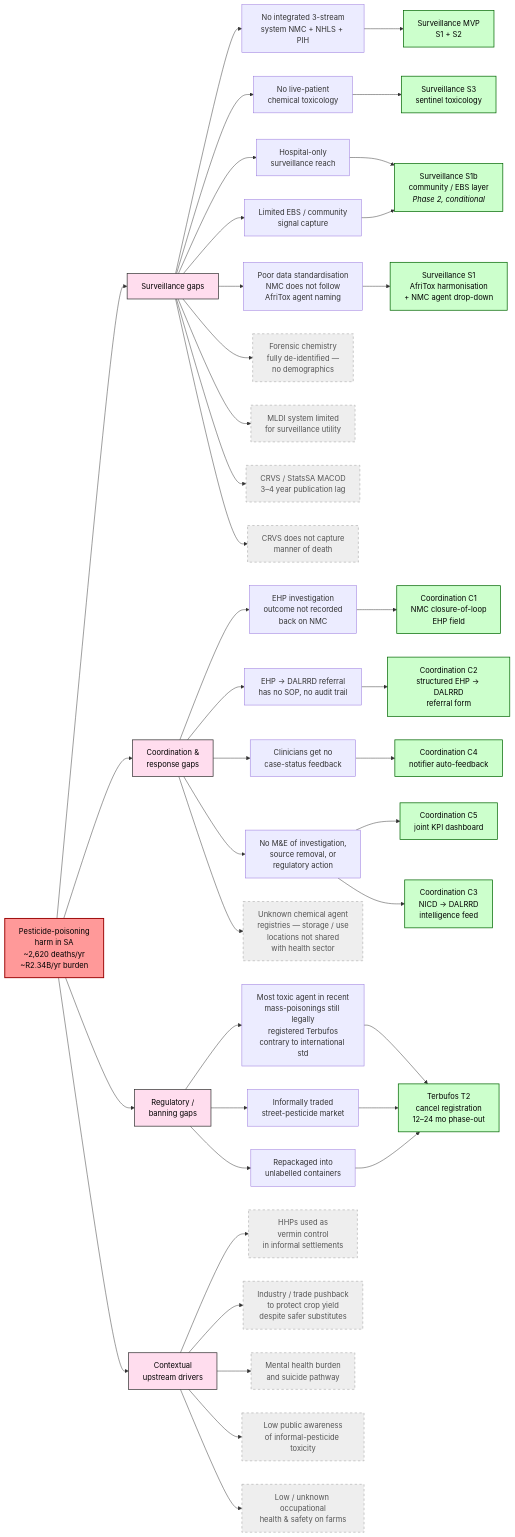
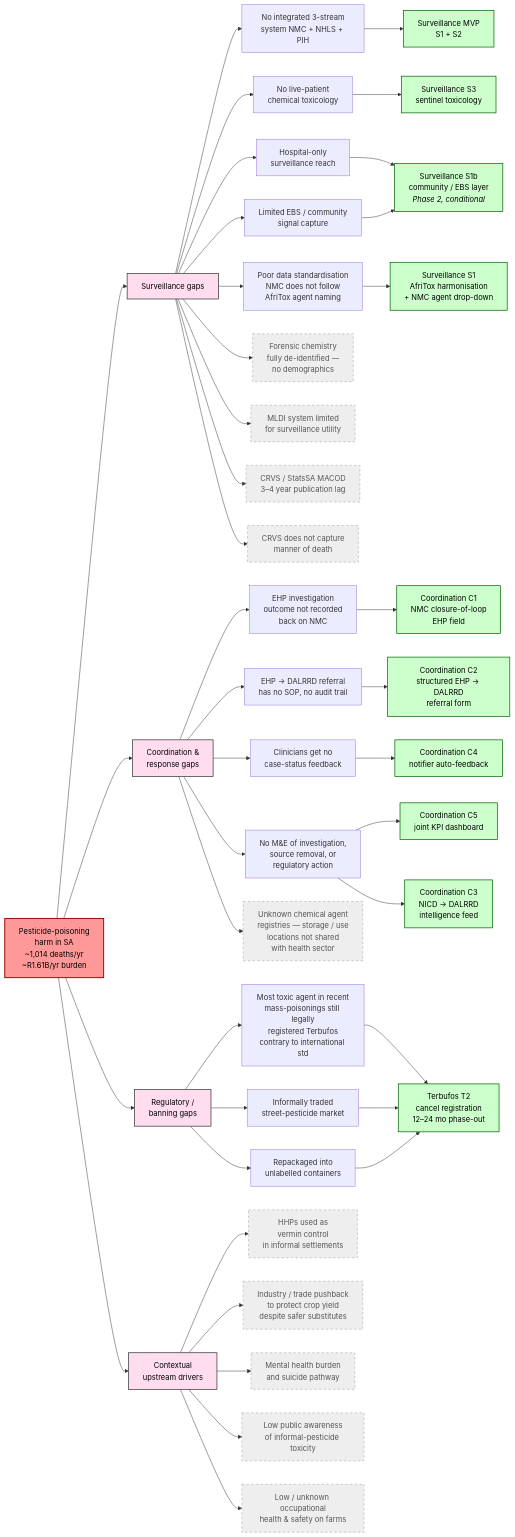
The diagram in posts/overall_policy_model_v3.qmd (bridaybrummer/D2P_project), drawn with Mermaid before and after one commit. The commit also changed other lines of this file and 68 other files, not shown here.

````diff
--- a/posts/overall_policy_model_v3.qmd
+++ b/posts/overall_policy_model_v3.qmd
@@ -29,64 +29,64 @@
 ```{mermaid}
 %%| label: fig-system-rca
 %%| fig-cap: "System-wide root cause analysis of pesticide-poisoning harm in South Africa, with each driver mapped to a D2P policy option. Green = addressed by a D2P option; grey-dashed = explicitly out of scope for D2P (real problem, but not the mandate of this workstream)."
 flowchart LR
-    HARM[Pesticide-poisoning<br/>harm in SA<br/>~2,620 deaths/yr<br/>~R2.34B/yr burden]:::harm
+    HARM[Pesticide-poisoning<br/>harm in SA<br/>~1,014 deaths/yr<br/>~R1.61B/yr burden]:::harm
 
     %% ===== Four root-cause domains =====
     HARM --> SURV[Surveillance gaps]:::dom
     HARM --> COORD[Coordination &<br/>response gaps]:::dom
     HARM --> BAN[Regulatory /<br/>banning gaps]:::dom
     HARM --> CTX[Contextual<br/>upstream drivers]:::dom
 
     %% ===== Surveillance drivers =====
     SURV --> SV1[No integrated 3-stream<br/>system NMC + NHLS + PIH]
     SURV --> SV2[No live-patient<br/>chemical toxicology]
     SURV --> SV3[Hospital-only<br/>surveillance reach]
     SURV --> SV4[Limited EBS / community<br/>signal capture]
     SURV --> SV5[Poor data standardisation<br/>NMC does not follow<br/>AfriTox agent naming]
     SURV --> SV6[Forensic chemistry<br/>fully de-identified —<br/>no demographics]:::oos
     SURV --> SV7[MLDI system limited<br/>for surveillance utility]:::oos
     SURV --> SV8[CRVS / StatsSA MACOD<br/>3–4 year publication lag]:::oos
     SURV --> SV9[CRVS does not capture<br/>manner of death]:::oos
 
     SV1 --> OS_MVP[Surveillance MVP<br/>S1 + S2]:::opt
     SV2 --> OS3[Surveillance S3<br/>sentinel toxicology]:::opt
     SV3 --> OS1b[Surveillance S1b<br/>community / EBS layer<br/><i>Phase 2, conditional</i>]:::opt
     SV4 --> OS1b
     SV5 --> OS1[Surveillance S1<br/>AfriTox harmonisation<br/>+ NMC agent drop-down]:::opt
 
     %% ===== Coordination drivers =====
     COORD --> CO1[EHP investigation<br/>outcome not recorded<br/>back on NMC]
     COORD --> CO2[EHP → DALRRD referral<br/>has no SOP, no audit trail]
     COORD --> CO3[Clinicians get no<br/>case-status feedback]
     COORD --> CO4[No M&E of investigation,<br/>source removal, or<br/>regulatory action]
     COORD --> CO5[Unknown chemical agent<br/>registries — storage / use<br/>locations not shared<br/>with health sector]:::oos
 
     CO1 --> OC1[Coordination C1<br/>NMC closure-of-loop<br/>EHP field]:::opt
     CO2 --> OC2[Coordination C2<br/>structured EHP → DALRRD<br/>referral form]:::opt
     CO3 --> OC4[Coordination C4<br/>notifier auto-feedback]:::opt
     CO4 --> OC5[Coordination C5<br/>joint KPI dashboard]:::opt
     CO4 --> OC3[Coordination C3<br/>NICD → DALRRD<br/>intelligence feed]:::opt
 
     %% ===== Banning / regulatory drivers =====
     BAN --> BN1[Most toxic agent in recent<br/>mass-poisonings still legally<br/>registered Terbufos<br/>contrary to international std]
     BAN --> BN2[Informally traded<br/>street-pesticide market]
     BAN --> BN3[Repackaged into<br/>unlabelled containers]
 
     BN1 --> OT2[Terbufos T2<br/>cancel registration<br/>12–24 mo phase-out]:::opt
     BN2 --> OT2
     BN3 --> OT2
 
     %% ===== Contextual / upstream drivers — explicitly out of scope =====
     CTX --> CX1[HHPs used as<br/>vermin control<br/>in informal settlements]:::oos
     CTX --> CX2[Industry / trade pushback<br/>to protect crop yield<br/>despite safer substitutes]:::oos
     CTX --> CX3[Mental health burden<br/>and suicide pathway]:::oos
     CTX --> CX4[Low public awareness<br/>of informal-pesticide toxicity]:::oos
     CTX --> CX5[Low / unknown occupational<br/>health & safety on farms]:::oos
 
     %% ===== Styling =====
     classDef harm  fill:#f99,stroke:#900,stroke-width:2px,color:#000
     classDef dom   fill:#fde,stroke:#333,stroke-width:1.5px,color:#000
     classDef opt   fill:#cfc,stroke:#060,stroke-width:1.5px,color:#000
     classDef oos   fill:#eee,stroke:#999,stroke-dasharray: 5 5,color:#555
 ```
````
